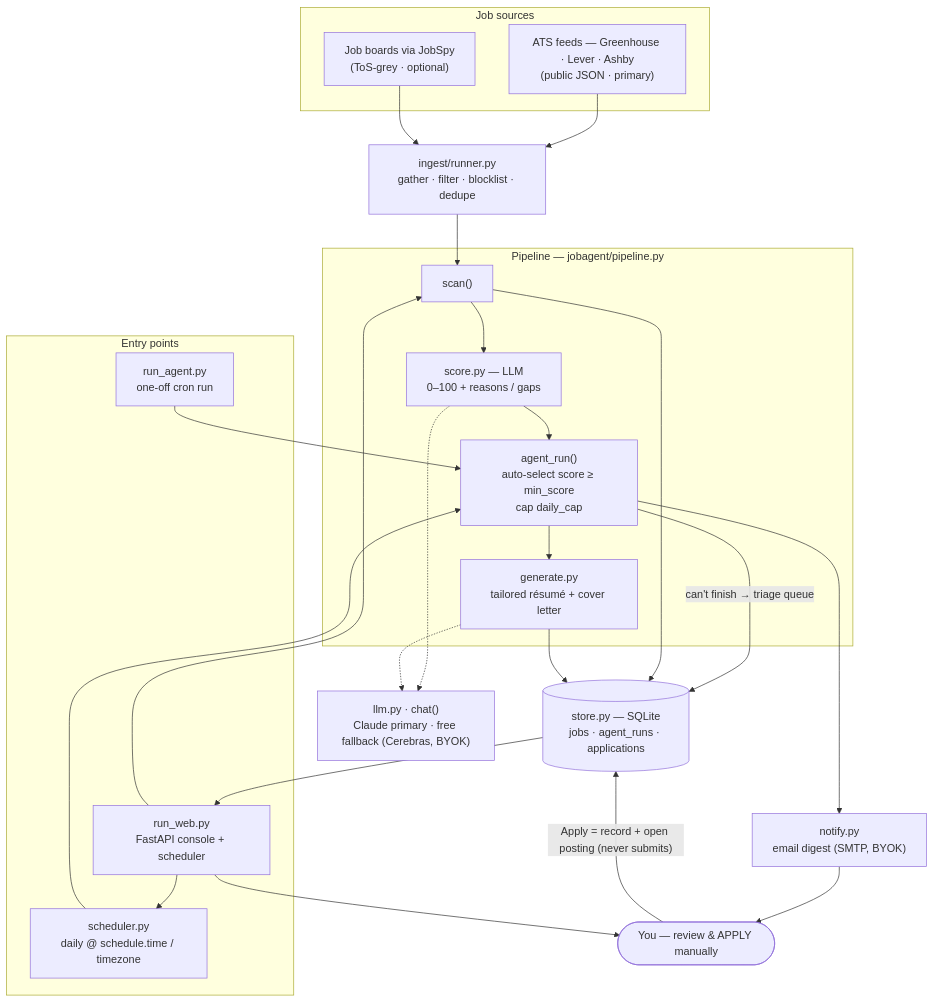
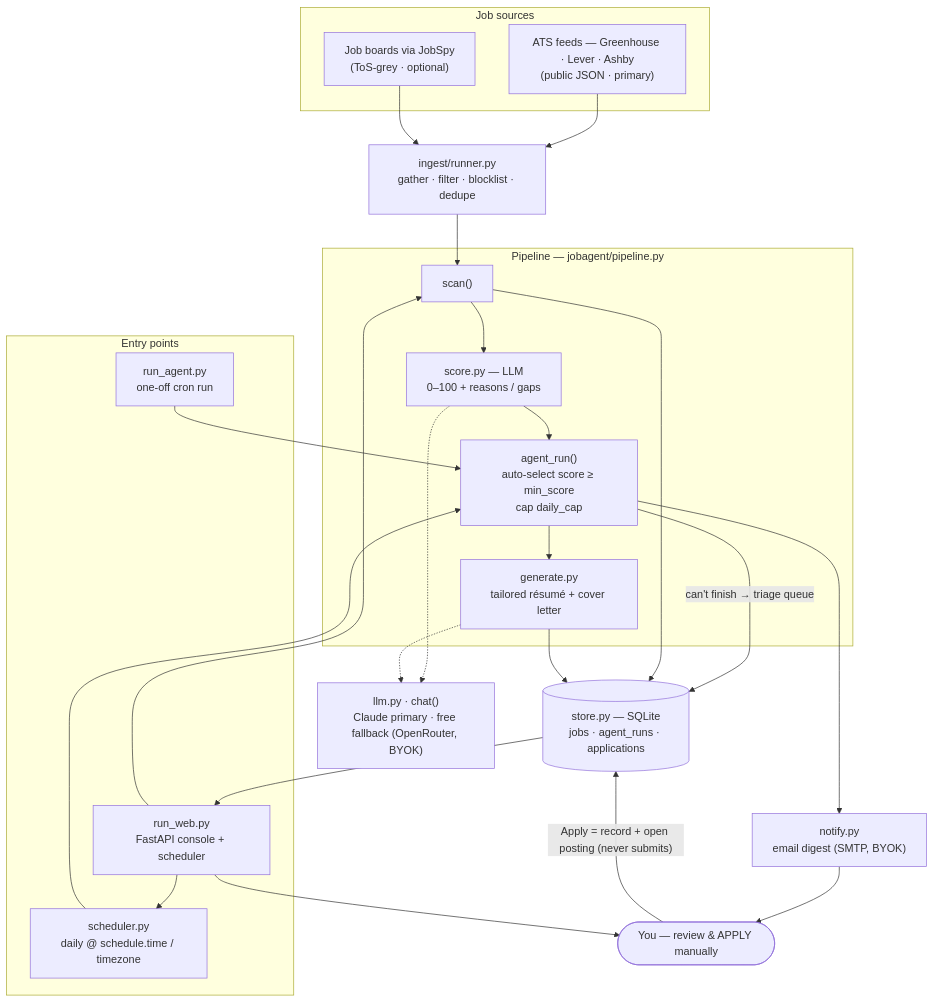
One commit to zeyadelganainy/job-agent-autopilot changed the diagram in README.md. Above: the diagram before and after it, drawn with Mermaid. The commit also changed other lines of this file and 5 other files, not shown here.

First line of the commit message:
llm: default free fallback to OpenRouter (Cerebras now requires billing)

````diff
--- a/README.md
+++ b/README.md
@@ -70,43 +70,43 @@
 ```mermaid
 flowchart TB
     subgraph sources["Job sources"]
         ATS["ATS feeds — Greenhouse · Lever · Ashby<br/>(public JSON · primary)"]
         BOARDS["Job boards via JobSpy<br/>(ToS-grey · optional)"]
     end
 
     RUNNER["ingest/runner.py<br/>gather · filter · blocklist · dedupe"]
 
     subgraph core["Pipeline — jobagent/pipeline.py"]
         SCAN["scan()"]
         SCORE["score.py — LLM<br/>0–100 + reasons / gaps"]
         AGENT["agent_run()<br/>auto-select score ≥ min_score<br/>cap daily_cap"]
         GEN["generate.py<br/>tailored résumé + cover letter"]
     end
 
-    LLM["llm.py · chat()<br/>Claude primary · free fallback (Cerebras, BYOK)"]
+    LLM["llm.py · chat()<br/>Claude primary · free fallback (OpenRouter, BYOK)"]
     DB[("store.py — SQLite<br/>jobs · agent_runs · applications")]
     EMAIL["notify.py<br/>email digest (SMTP, BYOK)"]
     USER(["You — review &amp; APPLY manually"])
 
     subgraph entry["Entry points"]
         WEB["run_web.py<br/>FastAPI console + scheduler"]
         CLI["run_agent.py<br/>one-off cron run"]
         SCHED["scheduler.py<br/>daily @ schedule.time / timezone"]
     end
 
     ATS --> RUNNER
     BOARDS --> RUNNER
     RUNNER --> SCAN --> SCORE --> AGENT --> GEN
     SCORE -.-> LLM
     GEN -.-> LLM
     AGENT -- "can't finish → triage queue" --> DB
     SCAN --> DB
     GEN --> DB
     CLI --> AGENT
     SCHED --> AGENT
     WEB --> SCAN
     WEB --> SCHED
     AGENT --> EMAIL --> USER
     DB --> WEB --> USER
     USER -- "Apply = record + open posting (never submits)" --> DB
 ```
````
